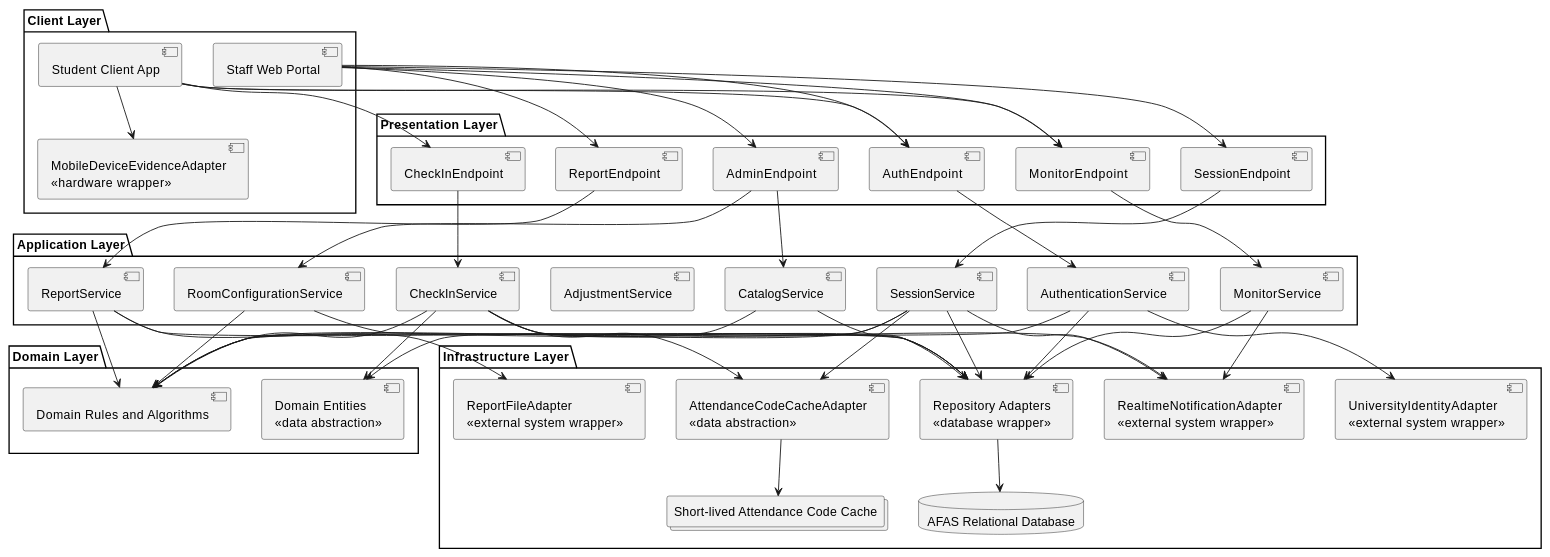
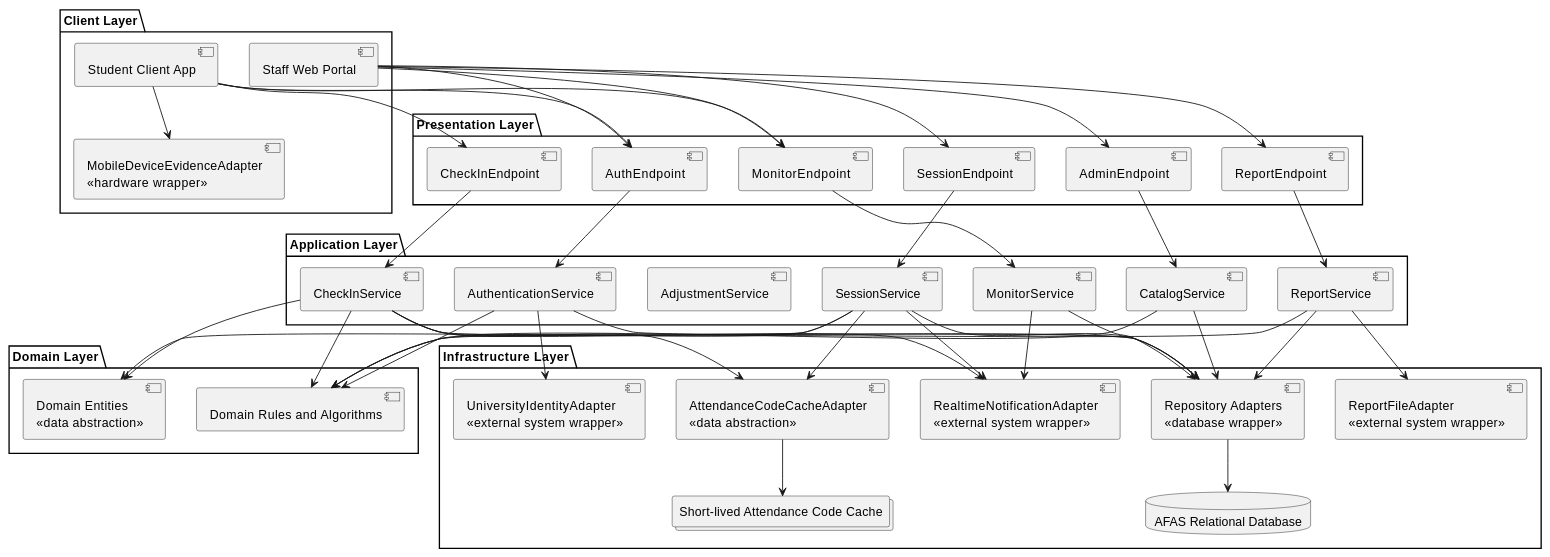
One commit to nttung42/SWD392 changed the third of 7 diagrams in docs/rds/3_Design.md. Above: the diagram before and after it, drawn with PlantUML. The commit also changed other lines of this file and 2 other files, not shown here.

```diff
--- a/docs/rds/3_Design.md
+++ b/docs/rds/3_Design.md
@@ -279,7 +273,6 @@
   component "MonitorService" as MonitorService
   component "AdjustmentService" as AdjustmentService
   component "CatalogService" as CatalogService
-  component "RoomConfigurationService" as RoomConfigurationService
   component "ReportService" as ReportService
 }
 
@@ -313,7 +306,6 @@
 SessionEndpoint --> SessionService
 MonitorEndpoint --> MonitorService
 AdminEndpoint --> CatalogService
-AdminEndpoint --> RoomConfigurationService
 ReportEndpoint --> ReportService
 
 CheckInService --> DomainRules
@@ -322,7 +314,6 @@
 SessionService --> DomainEntities
 AuthenticationService --> DomainRules
 CatalogService --> DomainRules
-RoomConfigurationService --> DomainRules
 ReportService --> DomainRules
 
 AuthenticationService --> Repositories
@@ -336,7 +327,6 @@
 MonitorService --> Repositories
 MonitorService --> Realtime
 CatalogService --> Repositories
-RoomConfigurationService --> Repositories
 ReportService --> Repositories
 ReportService --> ReportFile
 
```
